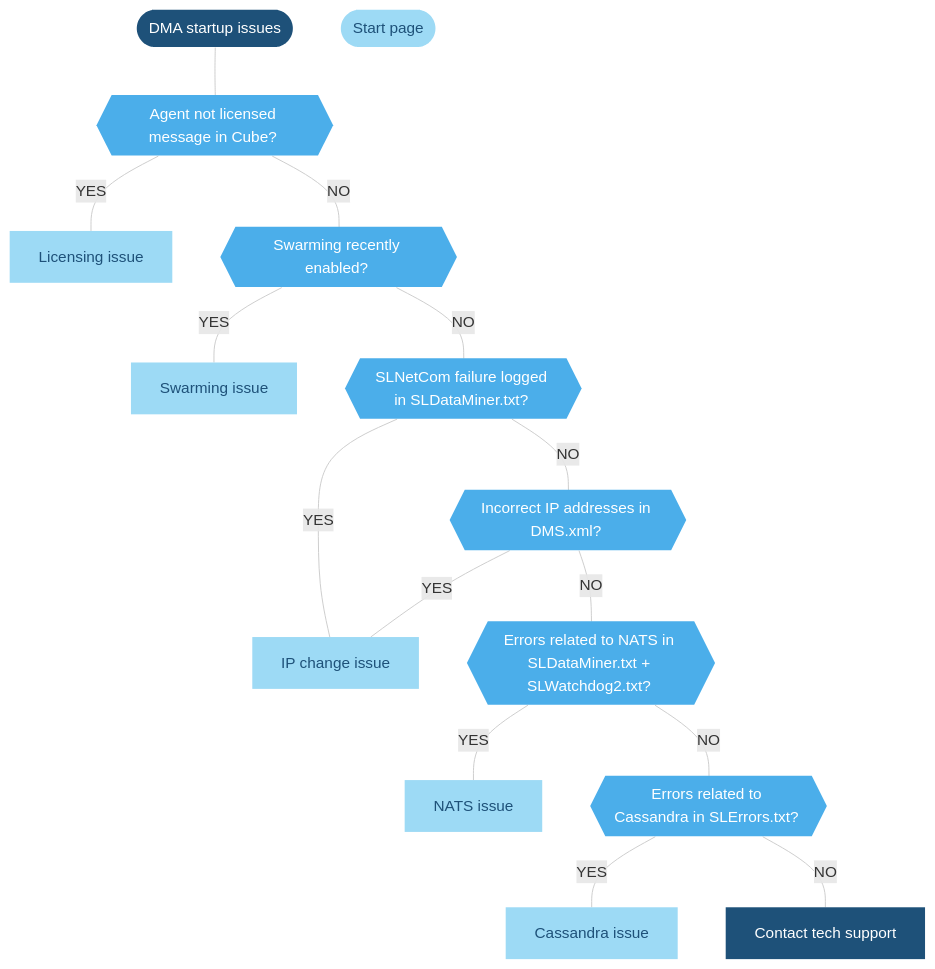
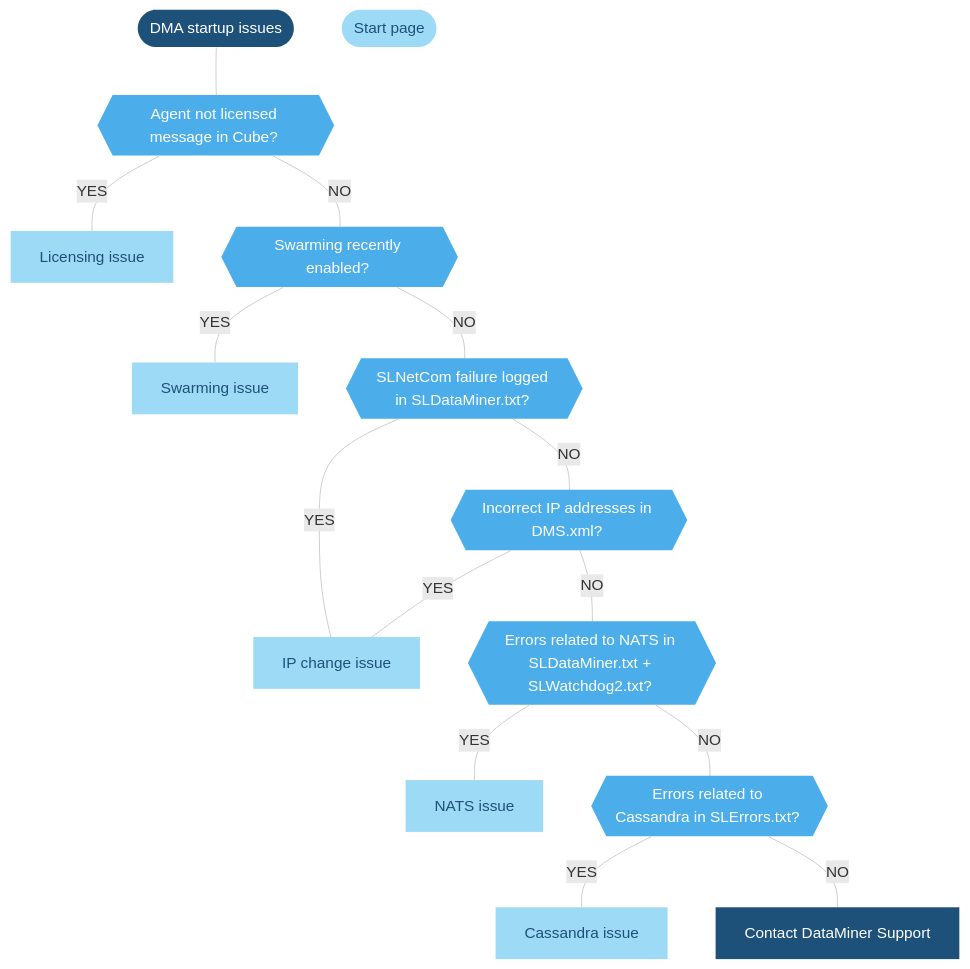
One commit to SkylineCommunications/dataminer-docs changed the diagram in user-guide/Troubleshooting/Troubleshooting_Flowcharts/Troubleshooting_Startup_Issues.md. Above: the diagram before and after it, drawn with Mermaid. The commit also changed 13 other files, not shown here.

Commit message:
tech support => DataMiner Support

````diff
--- a/user-guide/Troubleshooting/Troubleshooting_Flowcharts/Troubleshooting_Startup_Issues.md
+++ b/user-guide/Troubleshooting/Troubleshooting_Flowcharts/Troubleshooting_Startup_Issues.md
@@ -9,53 +9,53 @@
 ```mermaid
 flowchart TD
 %% Define styles %%
 linkStyle default stroke:#cccccc
 classDef LightBlue fill:#9DDAF5,stroke:#000070,stroke-width:0px, color:#1E5179;
 classDef Blue fill:#4BAEEA,stroke:#000070,stroke-width:0px, color:#FFFFFF;
 classDef DarkGray fill:#58595B,stroke:#000070,stroke-width:0px, color:#FFFFFF;
 classDef Gray fill:#999999,stroke:#000070,stroke-width:0px, color:#FFFFFF;
 classDef DarkBlue fill:#1E5179,stroke:#000070,stroke-width:0px, color:#FFFFFF;
 classDef classExternalRef fill:#9ddaf5,stroke:#9ddaf5,color:#1E5179,stroke-width:0px;
 %% Define blocks %%
 DMAStartupIssues([DMA startup issues])
 AgentNotLicensed{{"Agent not licensed message in Cube? <br/>"}}
 SwarmingEnabled{{"Swarming recently enabled? <br/>"}}
 SLNetComFailure{{"SLNetCom failure logged in SLDataMiner.txt? <br/>"}}
 IncorrectIPAddresses{{"Incorrect IP addresses in DMS.xml? <br/>"}}
 NATSErrors{{"Errors related to NATS in SLDataMiner.txt + SLWatchdog2.txt? <br/>"}}
 CassandraErrors{{"Errors related to Cassandra in SLErrors.txt? <br/> "}}
 LicensingIssue["Licensing issue"]
 SwarmingIssue["Swarming issue"]
 IPChangeIssue["IP change issue"]
 NATSIssue["NATS issue"]
 CassandraIssue["Cassandra issue"]
-ContactTechSupport["Contact tech support"]
+ContactTechSupport["Contact DataMiner Support"]
 %% Connect blocks %%
 DMAStartupIssues --- AgentNotLicensed
 Home([Start page])
 AgentNotLicensed --- |YES| LicensingIssue
 AgentNotLicensed --- |NO| SwarmingEnabled
 SwarmingEnabled --- |YES| SwarmingIssue
 SwarmingEnabled --- |NO| SLNetComFailure
 SLNetComFailure --- |YES| IPChangeIssue
 SLNetComFailure --- |NO| IncorrectIPAddresses
 IncorrectIPAddresses --- |YES| IPChangeIssue
 IncorrectIPAddresses --- |NO| NATSErrors
 NATSErrors --- |YES| NATSIssue
 NATSErrors --- |NO| CassandraErrors
 CassandraErrors --- |YES| CassandraIssue
 CassandraErrors --- |NO| ContactTechSupport
 %% Define hyperlinks %%
 click Home "/user-guide/Troubleshooting/Troubleshooting_Flowcharts/Finding_a_Root_Cause.html"
 click LicensingIssue "/user-guide/Troubleshooting/Troubleshooting_Flowcharts/Troubleshooting_Startup_Issues.html#licensing-issue"
 click SwarmingIssue "/user-guide/Troubleshooting/Troubleshooting_Flowcharts/Troubleshooting_Startup_Issues.html#swarming-issue"
 click IPChangeIssue "/user-guide/Troubleshooting/Troubleshooting_Flowcharts/Troubleshooting_Startup_Issues.html#ip-change-issue"
 click NATSIssue "/user-guide/Troubleshooting/Troubleshooting_Flowcharts/Troubleshooting_Startup_Issues.html#nats-issue"
 click CassandraIssue "/user-guide/Troubleshooting/Troubleshooting_Flowcharts/Troubleshooting_Startup_Issues.html#cassandra-issue"
 click ContactTechSupport "/user-guide/Troubleshooting/Contacting_tech_support.html"
 %% Apply styles to blocks %%
 class DMAStartupIssues,ContactTechSupport DarkBlue;
 class LicensingIssue,SwarmingIssue,IPChangeIssue,NATSIssue,CassandraIssue classExternalRef;
 class AgentNotLicensed,SwarmingEnabled,SLNetComFailure,IncorrectIPAddresses,NATSErrors,CassandraErrors Blue;
 class Home LightBlue;
 ```
````
